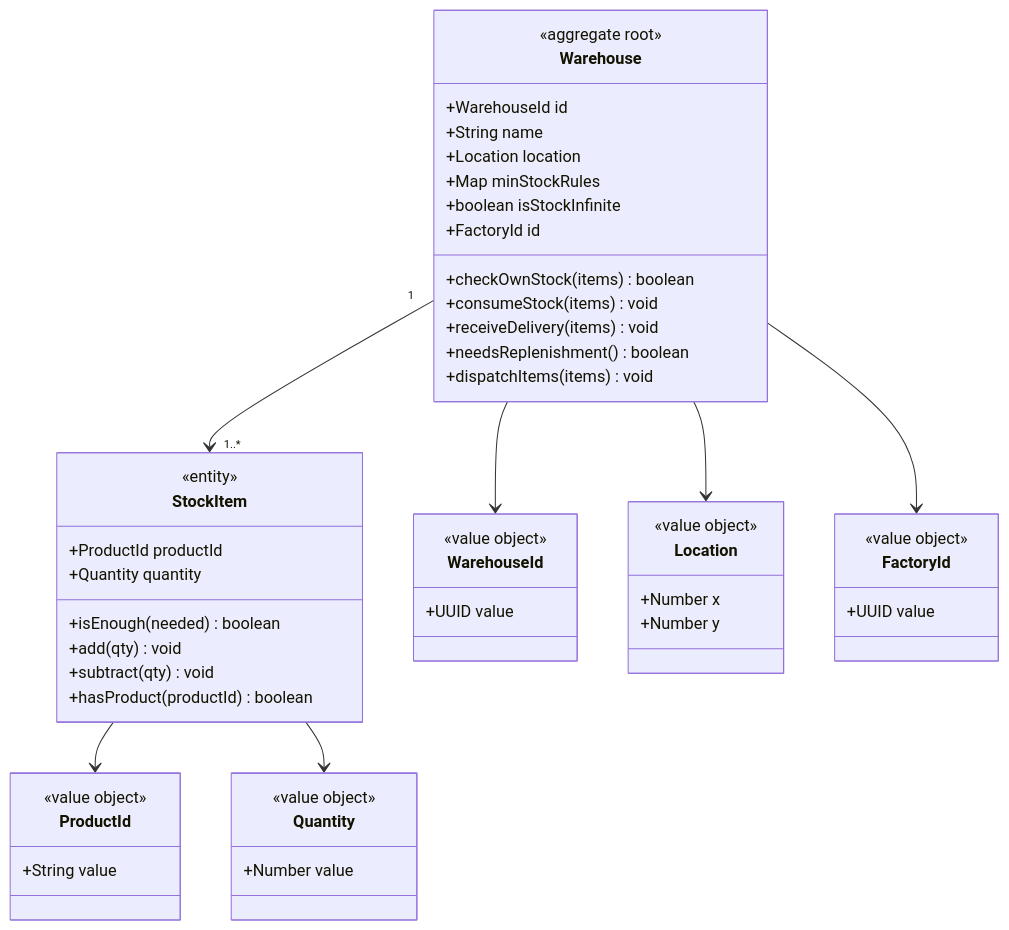
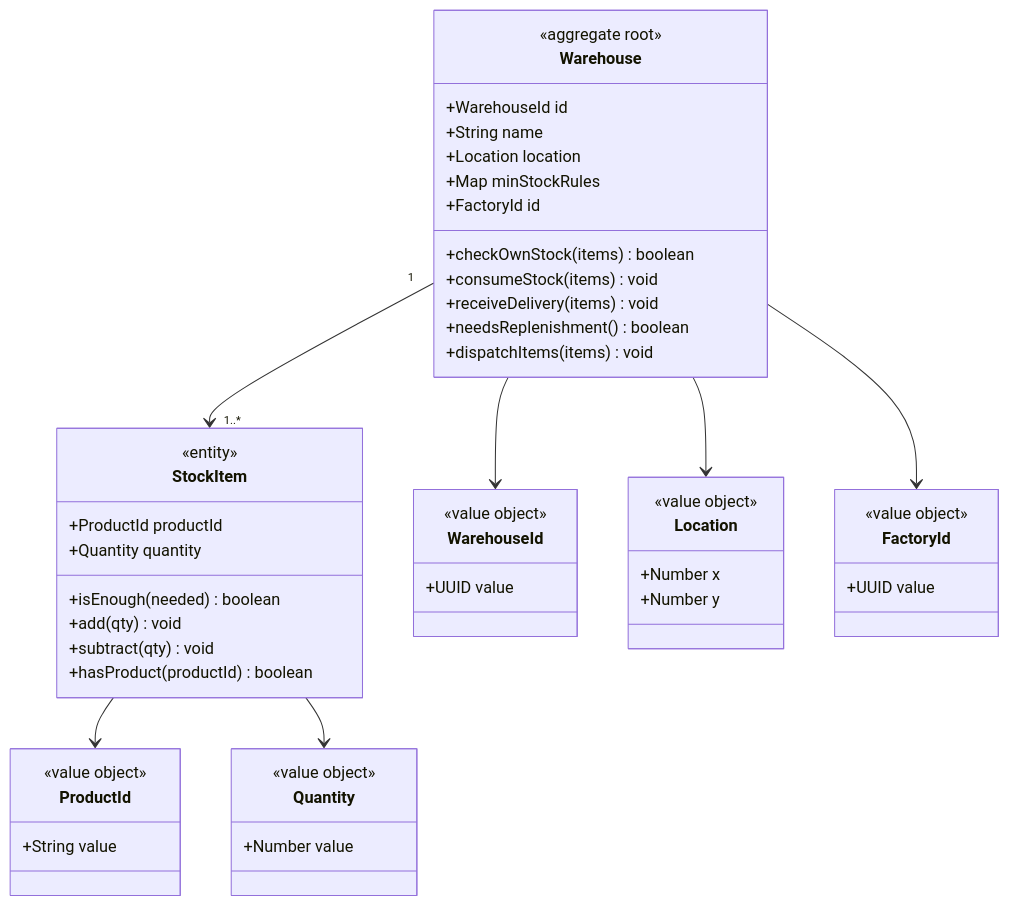
The first of 5 diagrams in README.md (Esmeralda6/Warehouse-Workshop), drawn with Mermaid before and after one commit. The commit also changed 2 other files, not shown here.

Commit message:
refactor: removed boolean isStockInfinite due to redundancy

````diff
--- a/README.md
+++ b/README.md
@@ -5,53 +5,52 @@
 ```mermaid
 classDiagram
     class Warehouse {
         <<aggregate root>>
         +WarehouseId id
         +String name
         +Location location
         +Map minStockRules
-        +boolean isStockInfinite
         +FactoryId id
         +checkOwnStock(items) boolean
         +consumeStock(items) void
         +receiveDelivery(items) void
         +needsReplenishment() boolean
         +dispatchItems(items) void
     }
     class StockItem {
         <<entity>>
         +ProductId productId
         +Quantity quantity
         +isEnough(needed) boolean
         +add(qty) void
         +subtract(qty) void
         +hasProduct(productId) boolean
     }
     class WarehouseId {
         <<value object>>
         +UUID value
     }
     class Location {
         <<value object>>
         +Number x
         +Number y
     }
     class Quantity {
         <<value object>>
         +Number value
     }
     class ProductId {
         <<value object>>
         +String value
     }
     class FactoryId {
         <<value object>>
         +UUID value
 }
     Warehouse "1" --> "1..*" StockItem
     Warehouse --> WarehouseId
     Warehouse --> Location
     Warehouse --> FactoryId
     StockItem --> ProductId
     StockItem --> Quantity
 ```
````
